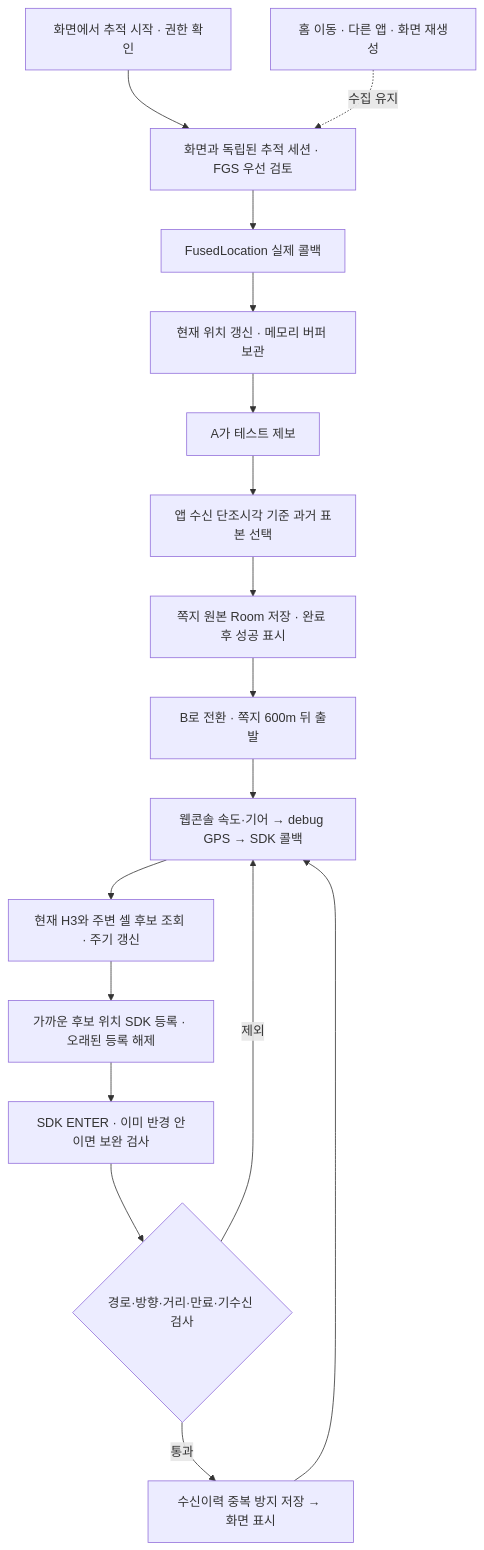
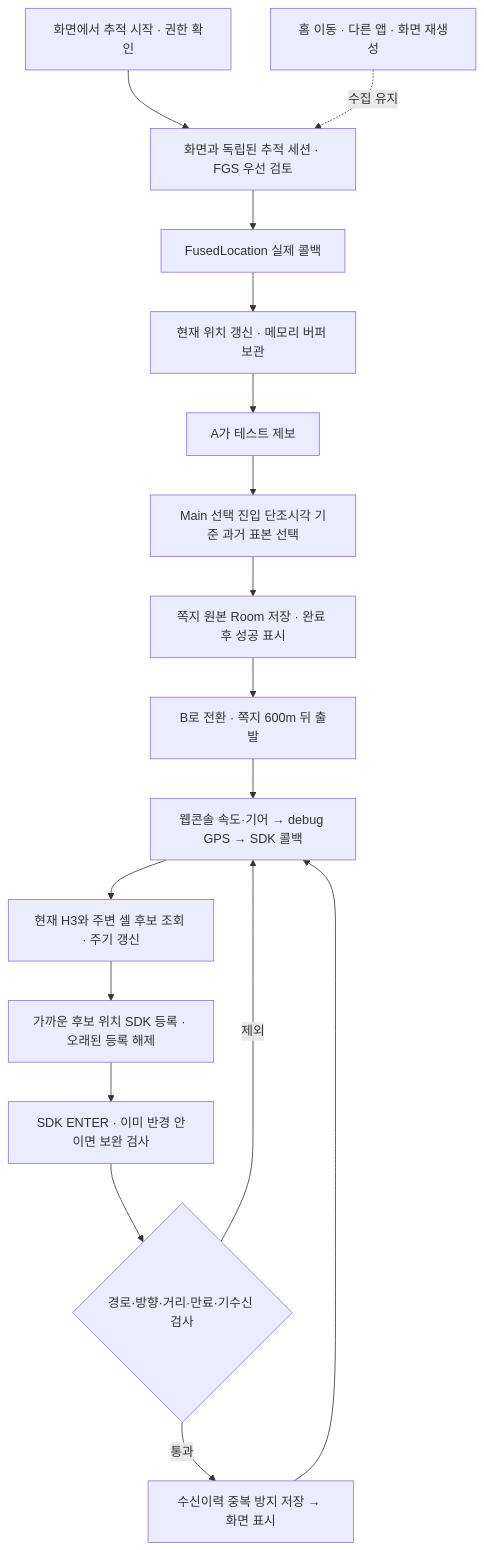
The diagram in docs/specs/road-notes/00-overview.md (jin-kim-240204/hyundai-and-gretel), drawn with Mermaid before and after one commit. The commit also changed other lines of this file and 12 other files, not shown here.

````diff
--- a/docs/specs/road-notes/00-overview.md
+++ b/docs/specs/road-notes/00-overview.md
@@ -23,19 +23,19 @@
 ```mermaid
 flowchart TD
     Start[화면에서 추적 시작 · 권한 확인] --> Tracking[화면과 독립된 추적 세션 · FGS 우선 검토]
     Tracking --> SDK[FusedLocation 실제 콜백]
     Away[홈 이동 · 다른 앱 · 화면 재생성] -. 수집 유지 .-> Tracking
     SDK --> Buffer[현재 위치 갱신 · 메모리 버퍼 보관]
     Buffer --> Report[A가 테스트 제보]
-    Report --> Anchor[앱 수신 단조시각 기준 과거 표본 선택]
+    Report --> Anchor[Main 선택 진입 단조시각 기준 과거 표본 선택]
     Anchor --> Save[쪽지 원본 Room 저장 · 완료 후 성공 표시]
     Save --> Switch[B로 전환 · 쪽지 600m 뒤 출발]
     Switch --> Drive[웹콘솔 속도·기어 → debug GPS → SDK 콜백]
     Drive --> Cells[현재 H3와 주변 셀 후보 조회 · 주기 갱신]
     Cells --> Register[가까운 후보 위치 SDK 등록 · 오래된 등록 해제]
     Register --> Enter[SDK ENTER · 이미 반경 안이면 보완 검사]
     Enter --> Check{경로·방향·거리·만료·기수신 검사}
     Check -->|통과| Receipt[수신이력 중복 방지 저장 → 화면 표시]
     Check -->|제외| Drive
     Receipt --> Drive
 ```
````
